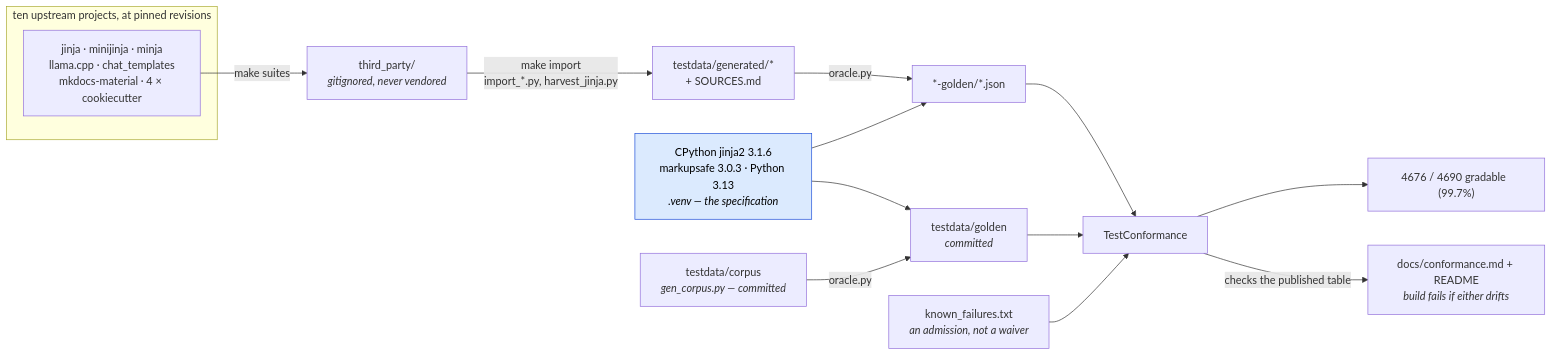
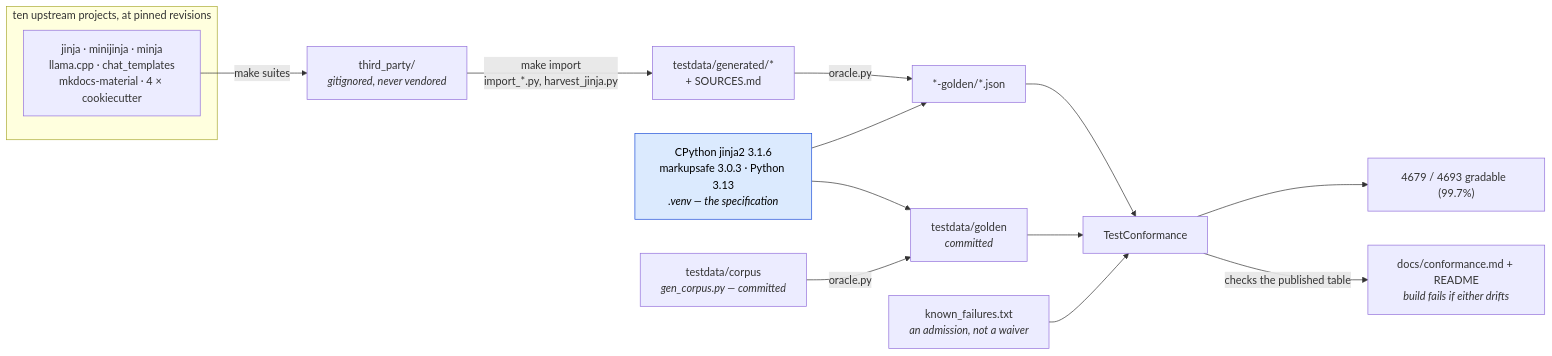
One commit to mgilbir/gojja2 changed the first of 2 diagrams in docs/conformance.md. Above: the diagram before and after it, drawn with Mermaid. The commit also changed other lines of this file and 14 other files, not shown here.

````diff
--- a/docs/conformance.md
+++ b/docs/conformance.md
@@ -17,24 +17,24 @@
 ```mermaid
 flowchart LR
     subgraph up["ten upstream projects, at pinned revisions"]
         U1["jinja · minijinja · minja<br/>llama.cpp · chat_templates<br/>mkdocs-material · 4 × cookiecutter"]
     end
     U1 -->|"make suites"| TP["third_party/<br/><i>gitignored, never vendored</i>"]
     TP -->|"make import<br/>import_*.py, harvest_jinja.py"| GEN["testdata/generated/*<br/>+ SOURCES.md"]
 
     ORA["CPython jinja2 3.1.6<br/>markupsafe 3.0.3 · Python 3.13<br/><i>.venv — the specification</i>"]
     GEN -->|"oracle.py"| G2["*-golden/*.json"]
     ORA --> G2
 
     OWN["testdata/corpus<br/><i>gen_corpus.py — committed</i>"] -->|"oracle.py"| G1["testdata/golden<br/><i>committed</i>"]
     ORA --> G1
 
     G1 --> TC["TestConformance"]
     G2 --> TC
     KF["known_failures.txt<br/><i>an admission, not a waiver</i>"] --> TC
-    TC --> RATE["4676 / 4690 gradable  (99.7%)"]
+    TC --> RATE["4679 / 4693 gradable  (99.7%)"]
     TC -->|"checks the published table"| RM["docs/conformance.md + README<br/><i>build fails if either drifts</i>"]
 
     classDef spec fill:#dbeafe,stroke:#1d4ed8,color:#000
     class ORA spec
 ```
````
